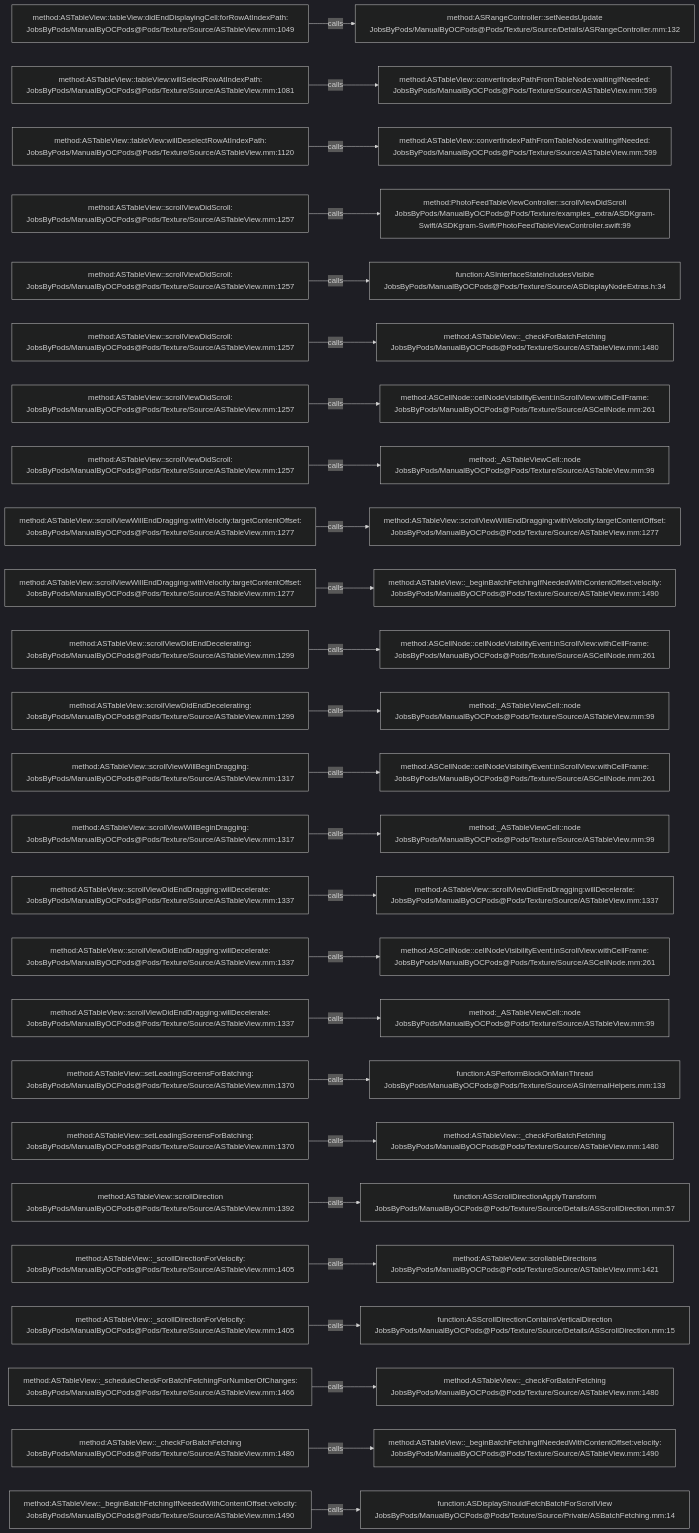
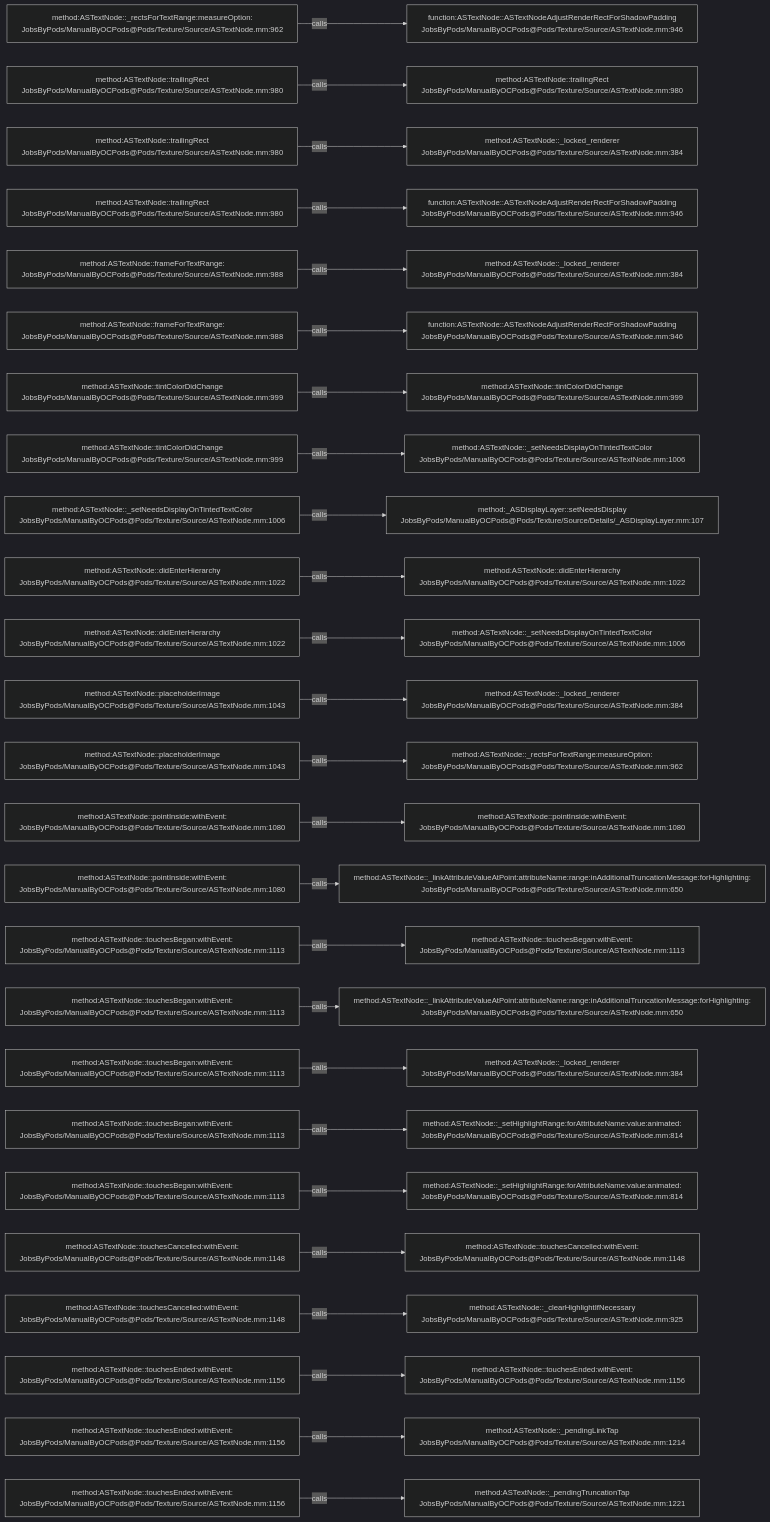
One commit to JobsKits/JobsOCBaseConfigDemo changed the diagram in .codegraph/codegraph.md/graphs/calls-121.md. Above: the diagram before and after it, drawn with Mermaid (dark theme). The commit also changed 2723 other files, not shown here.

````diff
--- a/.codegraph/codegraph.md/graphs/calls-121.md
+++ b/.codegraph/codegraph.md/graphs/calls-121.md
@@ -13,78 +13,78 @@
 ```mermaid
 flowchart LR
-  S1["method:ASTableView::tableView:didEndDisplayingCell:forRowAtIndexPath:<br/>JobsByPods/ManualByOCPods@Pods/Texture/Source/ASTableView.mm:1049"]
-  T1["method:ASRangeController::setNeedsUpdate<br/>JobsByPods/ManualByOCPods@Pods/Texture/Source/Details/ASRangeController.mm:132"]
+  S1["method:ASTextNode::_rectsForTextRange:measureOption:<br/>JobsByPods/ManualByOCPods@Pods/Texture/Source/ASTextNode.mm:962"]
+  T1["function:ASTextNode::ASTextNodeAdjustRenderRectForShadowPadding<br/>JobsByPods/ManualByOCPods@Pods/Texture/Source/ASTextNode.mm:946"]
   S1 -->|calls| T1
-  S2["method:ASTableView::tableView:willSelectRowAtIndexPath:<br/>JobsByPods/ManualByOCPods@Pods/Texture/Source/ASTableView.mm:1081"]
-  T2["method:ASTableView::convertIndexPathFromTableNode:waitingIfNeeded:<br/>JobsByPods/ManualByOCPods@Pods/Texture/Source/ASTableView.mm:599"]
+  S2["method:ASTextNode::trailingRect<br/>JobsByPods/ManualByOCPods@Pods/Texture/Source/ASTextNode.mm:980"]
+  T2["method:ASTextNode::trailingRect<br/>JobsByPods/ManualByOCPods@Pods/Texture/Source/ASTextNode.mm:980"]
   S2 -->|calls| T2
-  S3["method:ASTableView::tableView:willDeselectRowAtIndexPath:<br/>JobsByPods/ManualByOCPods@Pods/Texture/Source/ASTableView.mm:1120"]
-  T3["method:ASTableView::convertIndexPathFromTableNode:waitingIfNeeded:<br/>JobsByPods/ManualByOCPods@Pods/Texture/Source/ASTableView.mm:599"]
+  S3["method:ASTextNode::trailingRect<br/>JobsByPods/ManualByOCPods@Pods/Texture/Source/ASTextNode.mm:980"]
+  T3["method:ASTextNode::_locked_renderer<br/>JobsByPods/ManualByOCPods@Pods/Texture/Source/ASTextNode.mm:384"]
   S3 -->|calls| T3
-  S4["method:ASTableView::scrollViewDidScroll:<br/>JobsByPods/ManualByOCPods@Pods/Texture/Source/ASTableView.mm:1257"]
-  T4["method:PhotoFeedTableViewController::scrollViewDidScroll<br/>JobsByPods/ManualByOCPods@Pods/Texture/examples_extra/ASDKgram-Swift/ASDKgram-Swift/PhotoFeedTableViewController.swift:99"]
+  S4["method:ASTextNode::trailingRect<br/>JobsByPods/ManualByOCPods@Pods/Texture/Source/ASTextNode.mm:980"]
+  T4["function:ASTextNode::ASTextNodeAdjustRenderRectForShadowPadding<br/>JobsByPods/ManualByOCPods@Pods/Texture/Source/ASTextNode.mm:946"]
   S4 -->|calls| T4
-  S5["method:ASTableView::scrollViewDidScroll:<br/>JobsByPods/ManualByOCPods@Pods/Texture/Source/ASTableView.mm:1257"]
-  T5["function:ASInterfaceStateIncludesVisible<br/>JobsByPods/ManualByOCPods@Pods/Texture/Source/ASDisplayNodeExtras.h:34"]
+  S5["method:ASTextNode::frameForTextRange:<br/>JobsByPods/ManualByOCPods@Pods/Texture/Source/ASTextNode.mm:988"]
+  T5["method:ASTextNode::_locked_renderer<br/>JobsByPods/ManualByOCPods@Pods/Texture/Source/ASTextNode.mm:384"]
   S5 -->|calls| T5
-  S6["method:ASTableView::scrollViewDidScroll:<br/>JobsByPods/ManualByOCPods@Pods/Texture/Source/ASTableView.mm:1257"]
-  T6["method:ASTableView::_checkForBatchFetching<br/>JobsByPods/ManualByOCPods@Pods/Texture/Source/ASTableView.mm:1480"]
+  S6["method:ASTextNode::frameForTextRange:<br/>JobsByPods/ManualByOCPods@Pods/Texture/Source/ASTextNode.mm:988"]
+  T6["function:ASTextNode::ASTextNodeAdjustRenderRectForShadowPadding<br/>JobsByPods/ManualByOCPods@Pods/Texture/Source/ASTextNode.mm:946"]
   S6 -->|calls| T6
-  S7["method:ASTableView::scrollViewDidScroll:<br/>JobsByPods/ManualByOCPods@Pods/Texture/Source/ASTableView.mm:1257"]
-  T7["method:ASCellNode::cellNodeVisibilityEvent:inScrollView:withCellFrame:<br/>JobsByPods/ManualByOCPods@Pods/Texture/Source/ASCellNode.mm:261"]
+  S7["method:ASTextNode::tintColorDidChange<br/>JobsByPods/ManualByOCPods@Pods/Texture/Source/ASTextNode.mm:999"]
+  T7["method:ASTextNode::tintColorDidChange<br/>JobsByPods/ManualByOCPods@Pods/Texture/Source/ASTextNode.mm:999"]
   S7 -->|calls| T7
-  S8["method:ASTableView::scrollViewDidScroll:<br/>JobsByPods/ManualByOCPods@Pods/Texture/Source/ASTableView.mm:1257"]
-  T8["method:_ASTableViewCell::node<br/>JobsByPods/ManualByOCPods@Pods/Texture/Source/ASTableView.mm:99"]
+  S8["method:ASTextNode::tintColorDidChange<br/>JobsByPods/ManualByOCPods@Pods/Texture/Source/ASTextNode.mm:999"]
+  T8["method:ASTextNode::_setNeedsDisplayOnTintedTextColor<br/>JobsByPods/ManualByOCPods@Pods/Texture/Source/ASTextNode.mm:1006"]
   S8 -->|calls| T8
-  S9["method:ASTableView::scrollViewWillEndDragging:withVelocity:targetContentOffset:<br/>JobsByPods/ManualByOCPods@Pods/Texture/Source/ASTableView.mm:1277"]
-  T9["method:ASTableView::scrollViewWillEndDragging:withVelocity:targetContentOffset:<br/>JobsByPods/ManualByOCPods@Pods/Texture/Source/ASTableView.mm:1277"]
+  S9["method:ASTextNode::_setNeedsDisplayOnTintedTextColor<br/>JobsByPods/ManualByOCPods@Pods/Texture/Source/ASTextNode.mm:1006"]
+  T9["method:_ASDisplayLayer::setNeedsDisplay<br/>JobsByPods/ManualByOCPods@Pods/Texture/Source/Details/_ASDisplayLayer.mm:107"]
   S9 -->|calls| T9
-  S10["method:ASTableView::scrollViewWillEndDragging:withVelocity:targetContentOffset:<br/>JobsByPods/ManualByOCPods@Pods/Texture/Source/ASTableView.mm:1277"]
-  T10["method:ASTableView::_beginBatchFetchingIfNeededWithContentOffset:velocity:<br/>JobsByPods/ManualByOCPods@Pods/Texture/Source/ASTableView.mm:1490"]
+  S10["method:ASTextNode::didEnterHierarchy<br/>JobsByPods/ManualByOCPods@Pods/Texture/Source/ASTextNode.mm:1022"]
+  T10["method:ASTextNode::didEnterHierarchy<br/>JobsByPods/ManualByOCPods@Pods/Texture/Source/ASTextNode.mm:1022"]
   S10 -->|calls| T10
-  S11["method:ASTableView::scrollViewDidEndDecelerating:<br/>JobsByPods/ManualByOCPods@Pods/Texture/Source/ASTableView.mm:1299"]
-  T11["method:ASCellNode::cellNodeVisibilityEvent:inScrollView:withCellFrame:<br/>JobsByPods/ManualByOCPods@Pods/Texture/Source/ASCellNode.mm:261"]
+  S11["method:ASTextNode::didEnterHierarchy<br/>JobsByPods/ManualByOCPods@Pods/Texture/Source/ASTextNode.mm:1022"]
+  T11["method:ASTextNode::_setNeedsDisplayOnTintedTextColor<br/>JobsByPods/ManualByOCPods@Pods/Texture/Source/ASTextNode.mm:1006"]
   S11 -->|calls| T11
-  S12["method:ASTableView::scrollViewDidEndDecelerating:<br/>JobsByPods/ManualByOCPods@Pods/Texture/Source/ASTableView.mm:1299"]
-  T12["method:_ASTableViewCell::node<br/>JobsByPods/ManualByOCPods@Pods/Texture/Source/ASTableView.mm:99"]
+  S12["method:ASTextNode::placeholderImage<br/>JobsByPods/ManualByOCPods@Pods/Texture/Source/ASTextNode.mm:1043"]
+  T12["method:ASTextNode::_locked_renderer<br/>JobsByPods/ManualByOCPods@Pods/Texture/Source/ASTextNode.mm:384"]
   S12 -->|calls| T12
-  S13["method:ASTableView::scrollViewWillBeginDragging:<br/>JobsByPods/ManualByOCPods@Pods/Texture/Source/ASTableView.mm:1317"]
-  T13["method:ASCellNode::cellNodeVisibilityEvent:inScrollView:withCellFrame:<br/>JobsByPods/ManualByOCPods@Pods/Texture/Source/ASCellNode.mm:261"]
+  S13["method:ASTextNode::placeholderImage<br/>JobsByPods/ManualByOCPods@Pods/Texture/Source/ASTextNode.mm:1043"]
+  T13["method:ASTextNode::_rectsForTextRange:measureOption:<br/>JobsByPods/ManualByOCPods@Pods/Texture/Source/ASTextNode.mm:962"]
   S13 -->|calls| T13
-  S14["method:ASTableView::scrollViewWillBeginDragging:<br/>JobsByPods/ManualByOCPods@Pods/Texture/Source/ASTableView.mm:1317"]
-  T14["method:_ASTableViewCell::node<br/>JobsByPods/ManualByOCPods@Pods/Texture/Source/ASTableView.mm:99"]
+  S14["method:ASTextNode::pointInside:withEvent:<br/>JobsByPods/ManualByOCPods@Pods/Texture/Source/ASTextNode.mm:1080"]
+  T14["method:ASTextNode::pointInside:withEvent:<br/>JobsByPods/ManualByOCPods@Pods/Texture/Source/ASTextNode.mm:1080"]
   S14 -->|calls| T14
-  S15["method:ASTableView::scrollViewDidEndDragging:willDecelerate:<br/>JobsByPods/ManualByOCPods@Pods/Texture/Source/ASTableView.mm:1337"]
-  T15["method:ASTableView::scrollViewDidEndDragging:willDecelerate:<br/>JobsByPods/ManualByOCPods@Pods/Texture/Source/ASTableView.mm:1337"]
+  S15["method:ASTextNode::pointInside:withEvent:<br/>JobsByPods/ManualByOCPods@Pods/Texture/Source/ASTextNode.mm:1080"]
+  T15["method:ASTextNode::_linkAttributeValueAtPoint:attributeName:range:inAdditionalTruncationMessage:forHighlighting:<br/>JobsByPods/ManualByOCPods@Pods/Texture/Source/ASTextNode.mm:650"]
   S15 -->|calls| T15
-  S16["method:ASTableView::scrollViewDidEndDragging:willDecelerate:<br/>JobsByPods/ManualByOCPods@Pods/Texture/Source/ASTableView.mm:1337"]
-  T16["method:ASCellNode::cellNodeVisibilityEvent:inScrollView:withCellFrame:<br/>JobsByPods/ManualByOCPods@Pods/Texture/Source/ASCellNode.mm:261"]
+  S16["method:ASTextNode::touchesBegan:withEvent:<br/>JobsByPods/ManualByOCPods@Pods/Texture/Source/ASTextNode.mm:1113"]
+  T16["method:ASTextNode::touchesBegan:withEvent:<br/>JobsByPods/ManualByOCPods@Pods/Texture/Source/ASTextNode.mm:1113"]
   S16 -->|calls| T16
-  S17["method:ASTableView::scrollViewDidEndDragging:willDecelerate:<br/>JobsByPods/ManualByOCPods@Pods/Texture/Source/ASTableView.mm:1337"]
-  T17["method:_ASTableViewCell::node<br/>JobsByPods/ManualByOCPods@Pods/Texture/Source/ASTableView.mm:99"]
+  S17["method:ASTextNode::touchesBegan:withEvent:<br/>JobsByPods/ManualByOCPods@Pods/Texture/Source/ASTextNode.mm:1113"]
+  T17["method:ASTextNode::_linkAttributeValueAtPoint:attributeName:range:inAdditionalTruncationMessage:forHighlighting:<br/>JobsByPods/ManualByOCPods@Pods/Texture/Source/ASTextNode.mm:650"]
   S17 -->|calls| T17
-  S18["method:ASTableView::setLeadingScreensForBatching:<br/>JobsByPods/ManualByOCPods@Pods/Texture/Source/ASTableView.mm:1370"]
-  T18["function:ASPerformBlockOnMainThread<br/>JobsByPods/ManualByOCPods@Pods/Texture/Source/ASInternalHelpers.mm:133"]
+  S18["method:ASTextNode::touchesBegan:withEvent:<br/>JobsByPods/ManualByOCPods@Pods/Texture/Source/ASTextNode.mm:1113"]
+  T18["method:ASTextNode::_locked_renderer<br/>JobsByPods/ManualByOCPods@Pods/Texture/Source/ASTextNode.mm:384"]
   S18 -->|calls| T18
-  S19["method:ASTableView::setLeadingScreensForBatching:<br/>JobsByPods/ManualByOCPods@Pods/Texture/Source/ASTableView.mm:1370"]
-  T19["method:ASTableView::_checkForBatchFetching<br/>JobsByPods/ManualByOCPods@Pods/Texture/Source/ASTableView.mm:1480"]
+  S19["method:ASTextNode::touchesBegan:withEvent:<br/>JobsByPods/ManualByOCPods@Pods/Texture/Source/ASTextNode.mm:1113"]
+  T19["method:ASTextNode::_setHighlightRange:forAttributeName:value:animated:<br/>JobsByPods/ManualByOCPods@Pods/Texture/Source/ASTextNode.mm:814"]
   S19 -->|calls| T19
-  S20["method:ASTableView::scrollDirection<br/>JobsByPods/ManualByOCPods@Pods/Texture/Source/ASTableView.mm:1392"]
-  T20["function:ASScrollDirectionApplyTransform<br/>JobsByPods/ManualByOCPods@Pods/Texture/Source/Details/ASScrollDirection.mm:57"]
+  S20["method:ASTextNode::touchesBegan:withEvent:<br/>JobsByPods/ManualByOCPods@Pods/Texture/Source/ASTextNode.mm:1113"]
+  T20["method:ASTextNode::_setHighlightRange:forAttributeName:value:animated:<br/>JobsByPods/ManualByOCPods@Pods/Texture/Source/ASTextNode.mm:814"]
   S20 -->|calls| T20
-  S21["method:ASTableView::_scrollDirectionForVelocity:<br/>JobsByPods/ManualByOCPods@Pods/Texture/Source/ASTableView.mm:1405"]
-  T21["method:ASTableView::scrollableDirections<br/>JobsByPods/ManualByOCPods@Pods/Texture/Source/ASTableView.mm:1421"]
+  S21["method:ASTextNode::touchesCancelled:withEvent:<br/>JobsByPods/ManualByOCPods@Pods/Texture/Source/ASTextNode.mm:1148"]
+  T21["method:ASTextNode::touchesCancelled:withEvent:<br/>JobsByPods/ManualByOCPods@Pods/Texture/Source/ASTextNode.mm:1148"]
   S21 -->|calls| T21
-  S22["method:ASTableView::_scrollDirectionForVelocity:<br/>JobsByPods/ManualByOCPods@Pods/Texture/Source/ASTableView.mm:1405"]
-  T22["function:ASScrollDirectionContainsVerticalDirection<br/>JobsByPods/ManualByOCPods@Pods/Texture/Source/Details/ASScrollDirection.mm:15"]
+  S22["method:ASTextNode::touchesCancelled:withEvent:<br/>JobsByPods/ManualByOCPods@Pods/Texture/Source/ASTextNode.mm:1148"]
+  T22["method:ASTextNode::_clearHighlightIfNecessary<br/>JobsByPods/ManualByOCPods@Pods/Texture/Source/ASTextNode.mm:925"]
   S22 -->|calls| T22
-  S23["method:ASTableView::_scheduleCheckForBatchFetchingForNumberOfChanges:<br/>JobsByPods/ManualByOCPods@Pods/Texture/Source/ASTableView.mm:1466"]
-  T23["method:ASTableView::_checkForBatchFetching<br/>JobsByPods/ManualByOCPods@Pods/Texture/Source/ASTableView.mm:1480"]
+  S23["method:ASTextNode::touchesEnded:withEvent:<br/>JobsByPods/ManualByOCPods@Pods/Texture/Source/ASTextNode.mm:1156"]
+  T23["method:ASTextNode::touchesEnded:withEvent:<br/>JobsByPods/ManualByOCPods@Pods/Texture/Source/ASTextNode.mm:1156"]
   S23 -->|calls| T23
-  S24["method:ASTableView::_checkForBatchFetching<br/>JobsByPods/ManualByOCPods@Pods/Texture/Source/ASTableView.mm:1480"]
-  T24["method:ASTableView::_beginBatchFetchingIfNeededWithContentOffset:velocity:<br/>JobsByPods/ManualByOCPods@Pods/Texture/Source/ASTableView.mm:1490"]
+  S24["method:ASTextNode::touchesEnded:withEvent:<br/>JobsByPods/ManualByOCPods@Pods/Texture/Source/ASTextNode.mm:1156"]
+  T24["method:ASTextNode::_pendingLinkTap<br/>JobsByPods/ManualByOCPods@Pods/Texture/Source/ASTextNode.mm:1214"]
   S24 -->|calls| T24
-  S25["method:ASTableView::_beginBatchFetchingIfNeededWithContentOffset:velocity:<br/>JobsByPods/ManualByOCPods@Pods/Texture/Source/ASTableView.mm:1490"]
-  T25["function:ASDisplayShouldFetchBatchForScrollView<br/>JobsByPods/ManualByOCPods@Pods/Texture/Source/Private/ASBatchFetching.mm:14"]
+  S25["method:ASTextNode::touchesEnded:withEvent:<br/>JobsByPods/ManualByOCPods@Pods/Texture/Source/ASTextNode.mm:1156"]
+  T25["method:ASTextNode::_pendingTruncationTap<br/>JobsByPods/ManualByOCPods@Pods/Texture/Source/ASTextNode.mm:1221"]
   S25 -->|calls| T25
 ```
````
